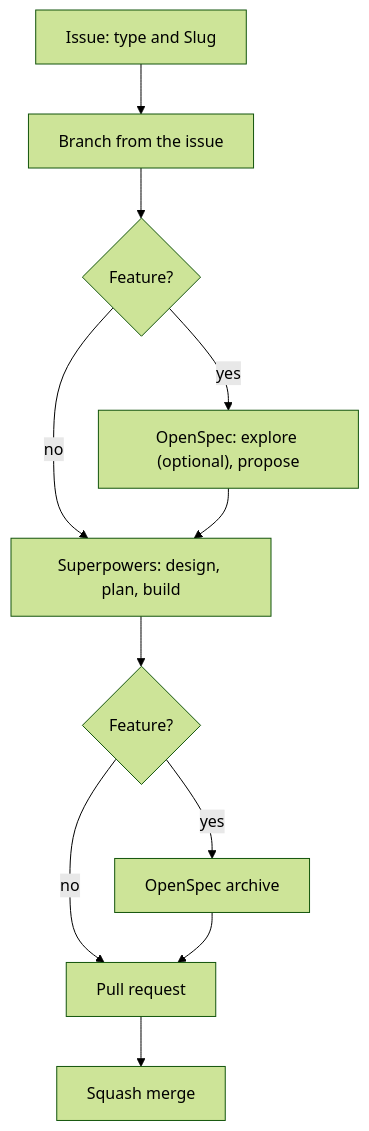
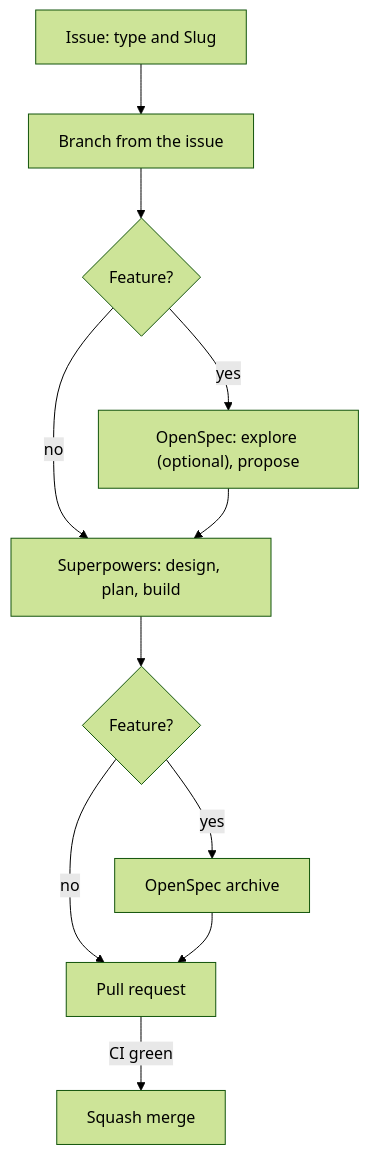
The diagram in docs/how-to/development-workflow.md (football-toolkit/squadhopper), drawn with Mermaid (forest theme) before and after one commit. The commit also changed other lines of this file and 7 other files, not shown here.

````diff
--- a/docs/how-to/development-workflow.md
+++ b/docs/how-to/development-workflow.md
@@ -7,13 +7,13 @@
 ```mermaid
 flowchart TD
     A["Issue: type and Slug"] --> B["Branch from the issue"]
     B --> C{"Feature?"}
     C -->|"yes"| D["OpenSpec: explore (optional), propose"]
     C -->|"no"| E["Superpowers: design, plan, build"]
     D --> E
     E --> F{"Feature?"}
     F -->|"yes"| G["OpenSpec archive"]
     F -->|"no"| H["Pull request"]
     G --> H
-    H --> I["Squash merge"]
+    H -->|"CI green"| I["Squash merge"]
 ```
````
